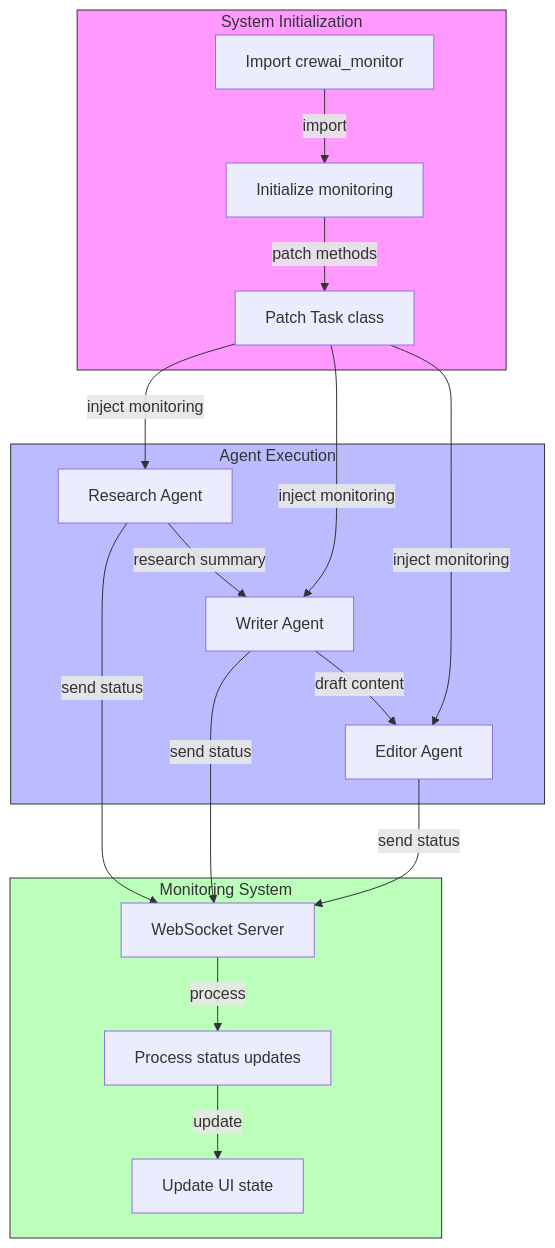
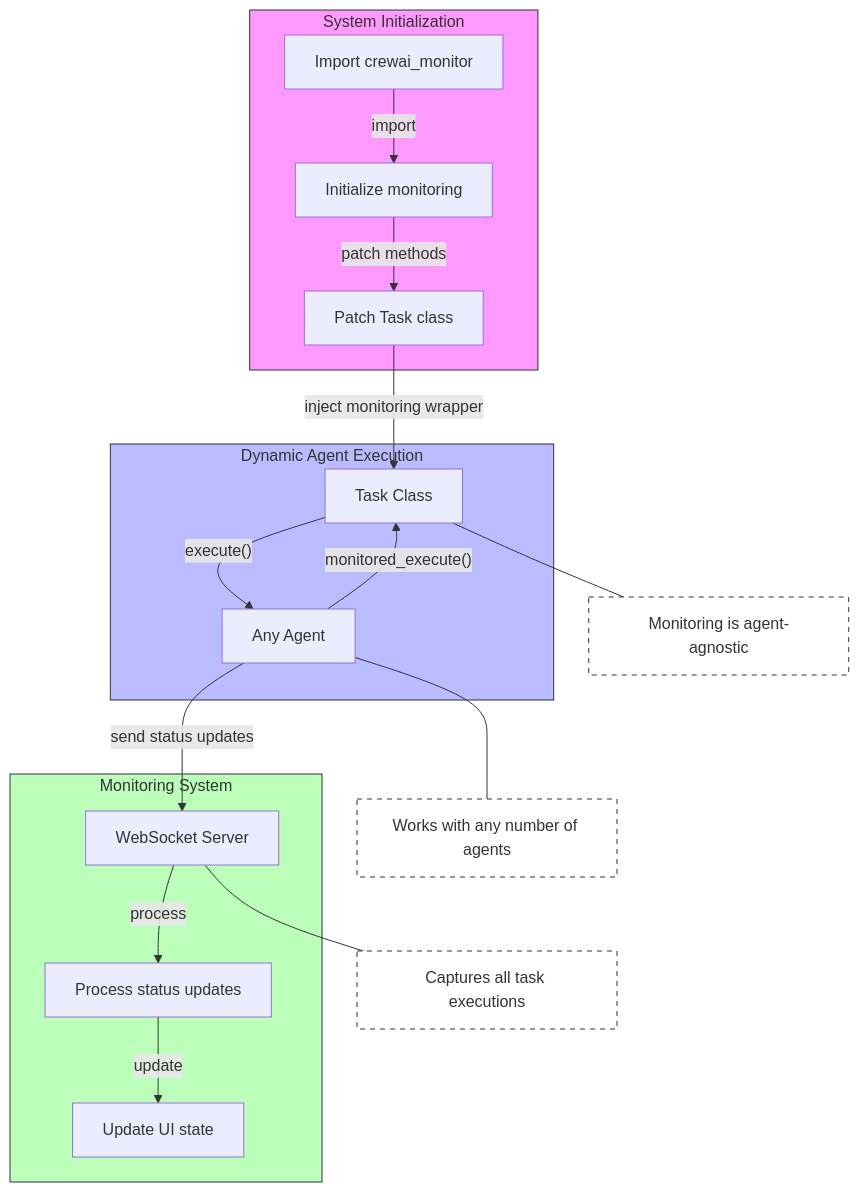
One commit to padak/crewai_demo changed the first of 2 diagrams in docs/monitoring_architecture.md. Above: the diagram before and after it, drawn with Mermaid.

````diff
--- a/docs/monitoring_architecture.md
+++ b/docs/monitoring_architecture.md
@@ -17,42 +17,48 @@
 ```mermaid
 flowchart TB
 
 subgraph SystemInitialization["System Initialization"]
     SI1["Import crewai_monitor"]
     SI2["Initialize monitoring"]
     SI3["Patch Task class"]
     
     SI1 --> |"import"| SI2
     SI2 --> |"patch methods"| SI3
 end
 
-subgraph AgentExecution["Agent Execution"]
-    AE1["Research Agent"]
-    AE2["Writer Agent"]
-    AE3["Editor Agent"]
+subgraph AgentExecution["Dynamic Agent Execution"]
+    TC["Task Class"]
+    AG["Any Agent"]
     
-    AE1 --> |"research summary"| AE2
-    AE2 --> |"draft content"| AE3
+    TC --> |"execute()"| AG
+    AG --> |"monitored_execute()"| TC
 end
 
 subgraph MonitoringSystem["Monitoring System"]
     MS1["WebSocket Server"]
     MS2["Process status updates"]
     MS3["Update UI state"]
 end
 
-SI3 --> |"inject monitoring"| AE1
-SI3 --> |"inject monitoring"| AE2
-SI3 --> |"inject monitoring"| AE3
+SI3 --> |"inject monitoring wrapper"| TC
 
-AE1 --> |"send status"| MS1
-AE2 --> |"send status"| MS1
-AE3 --> |"send status"| MS1
-
+AG --> |"send status updates"| MS1
 MS1 --> |"process"| MS2
 MS2 --> |"update"| MS3
+
+%% Add notes about dynamic nature
+note1["Monitoring is agent-agnostic"]
+note2["Works with any number of agents"]
+note3["Captures all task executions"]
+
+TC --- note1
+AG --- note2
+MS1 --- note3
 
 style SystemInitialization fill:#f9f,stroke:#333
 style AgentExecution fill:#bbf,stroke:#333
 style MonitoringSystem fill:#bfb,stroke:#333
+style note1 fill:#fff,stroke:#333,stroke-dasharray: 5 5
+style note2 fill:#fff,stroke:#333,stroke-dasharray: 5 5
+style note3 fill:#fff,stroke:#333,stroke-dasharray: 5 5
 ```
````
